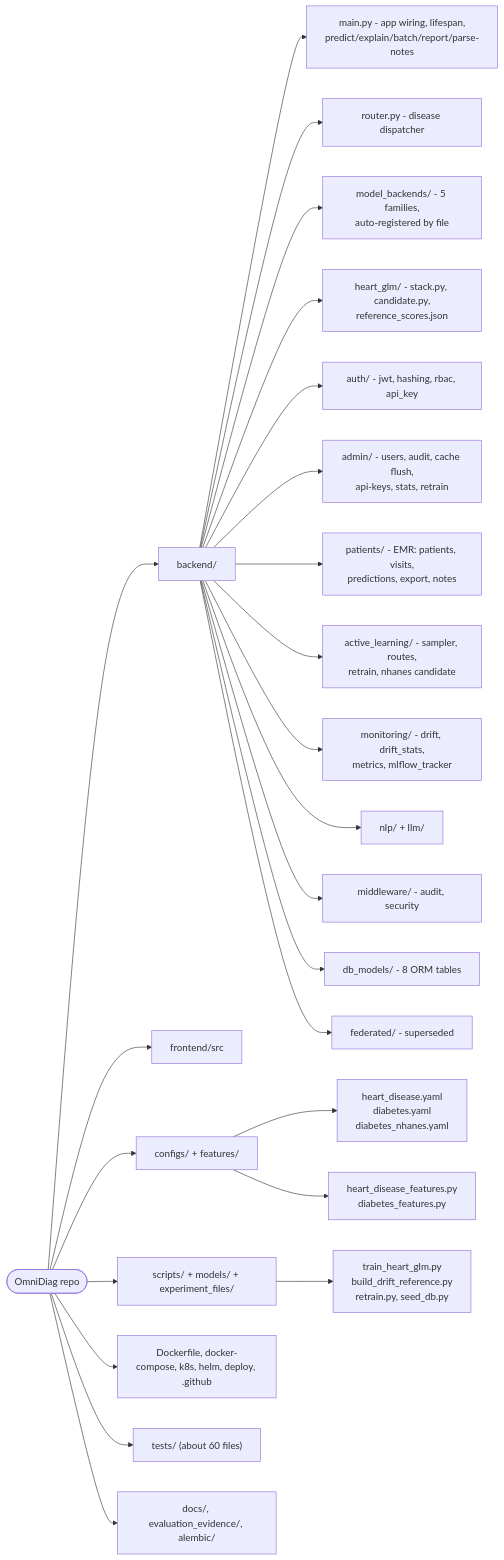
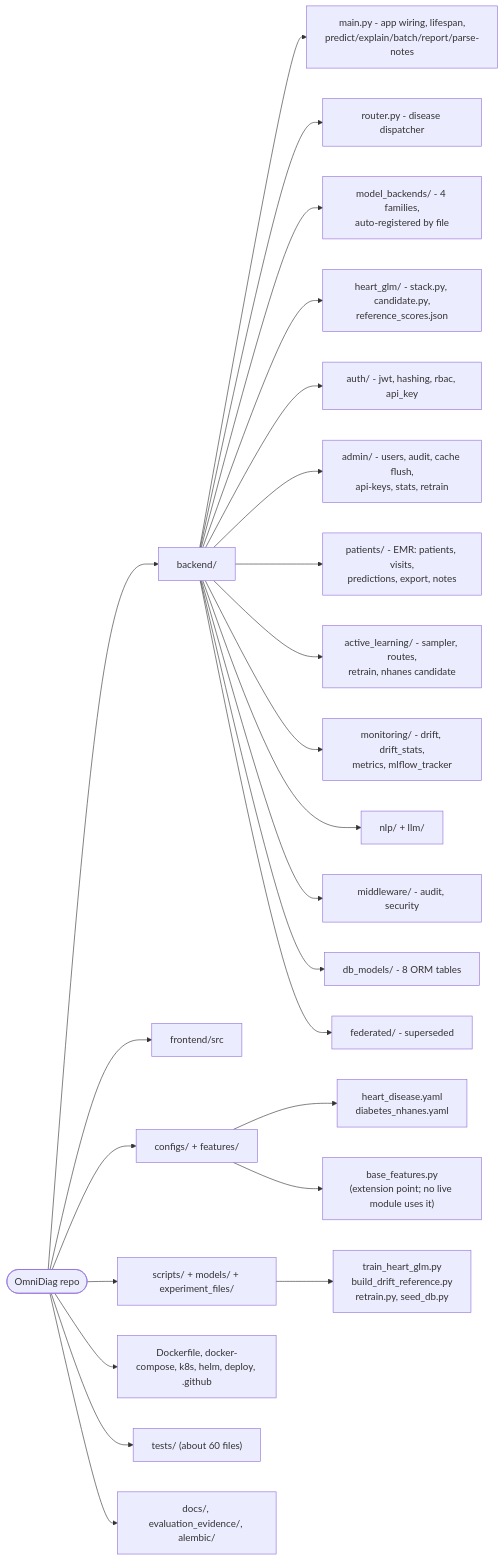
One commit to yahyalababenah/omnidiag changed the second of 13 diagrams in docs/ARCHITECTURE.md. Above: the diagram before and after it, drawn with Mermaid. The commit also changed other lines of this file and 17 other files, not shown here.

````diff
--- a/docs/ARCHITECTURE.md
+++ b/docs/ARCHITECTURE.md
@@ -101,27 +100,27 @@
 ```mermaid
 flowchart LR
   ROOT(["OmniDiag repo"])
   ROOT --> BE["backend/"]
   ROOT --> FE["frontend/src"]
   ROOT --> CF["configs/ + features/"]
   ROOT --> SC["scripts/ + models/ + experiment_files/"]
   ROOT --> OPS["Dockerfile, docker-compose, k8s, helm, deploy, .github"]
   ROOT --> TST["tests/ (about 60 files)"]
   ROOT --> DOC["docs/, evaluation_evidence/, alembic/"]
   BE --> m1["main.py - app wiring, lifespan,<br/>predict/explain/batch/report/parse-notes"]
   BE --> m2["router.py - disease dispatcher"]
-  BE --> m3["model_backends/ - 5 families,<br/>auto-registered by file"]
+  BE --> m3["model_backends/ - 4 families,<br/>auto-registered by file"]
   BE --> m4["heart_glm/ - stack.py, candidate.py,<br/>reference_scores.json"]
   BE --> m5["auth/ - jwt, hashing, rbac, api_key"]
   BE --> m6["admin/ - users, audit, cache flush,<br/>api-keys, stats, retrain"]
   BE --> m7["patients/ - EMR: patients, visits,<br/>predictions, export, notes"]
   BE --> m8["active_learning/ - sampler, routes,<br/>retrain, nhanes candidate"]
   BE --> m9["monitoring/ - drift, drift_stats,<br/>metrics, mlflow_tracker"]
   BE --> m10["nlp/ + llm/"]
   BE --> m11["middleware/ - audit, security"]
   BE --> m12["db_models/ - 8 ORM tables"]
   BE --> m13["federated/ - superseded"]
-  CF --> c1["heart_disease.yaml<br/>diabetes.yaml<br/>diabetes_nhanes.yaml"]
-  CF --> c2["heart_disease_features.py<br/>diabetes_features.py"]
+  CF --> c1["heart_disease.yaml<br/>diabetes_nhanes.yaml"]
+  CF --> c2["base_features.py<br/>(extension point; no live module uses it)"]
   SC --> s1["train_heart_glm.py<br/>build_drift_reference.py<br/>retrain.py, seed_db.py"]
 ```
````
